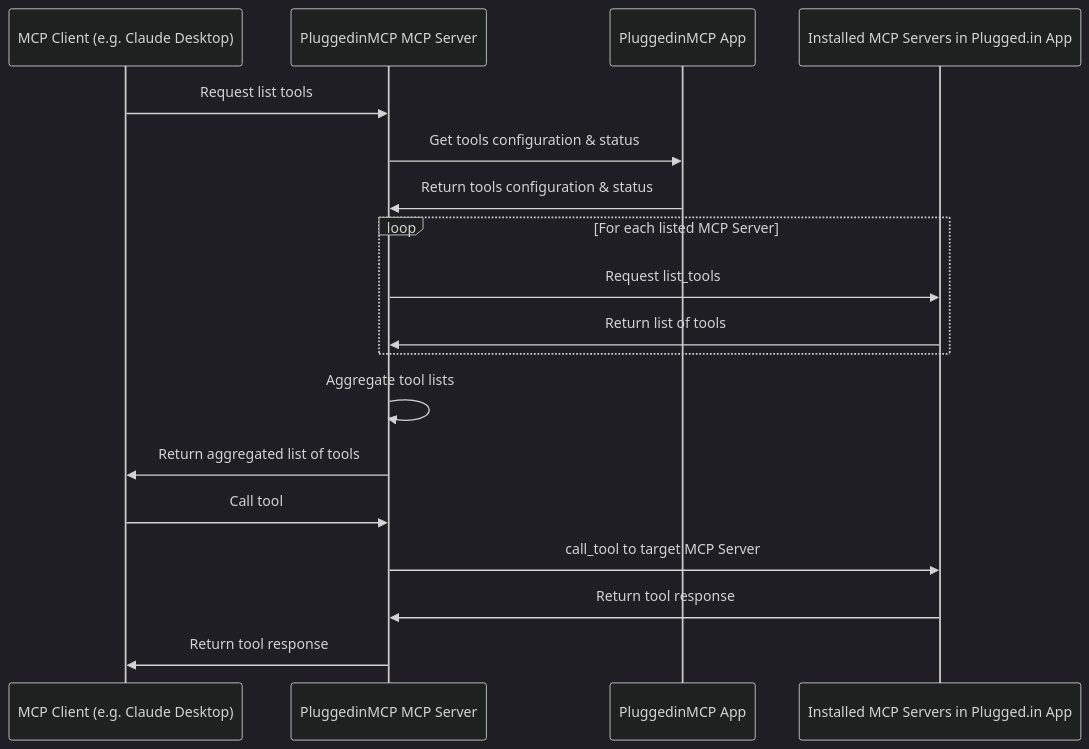
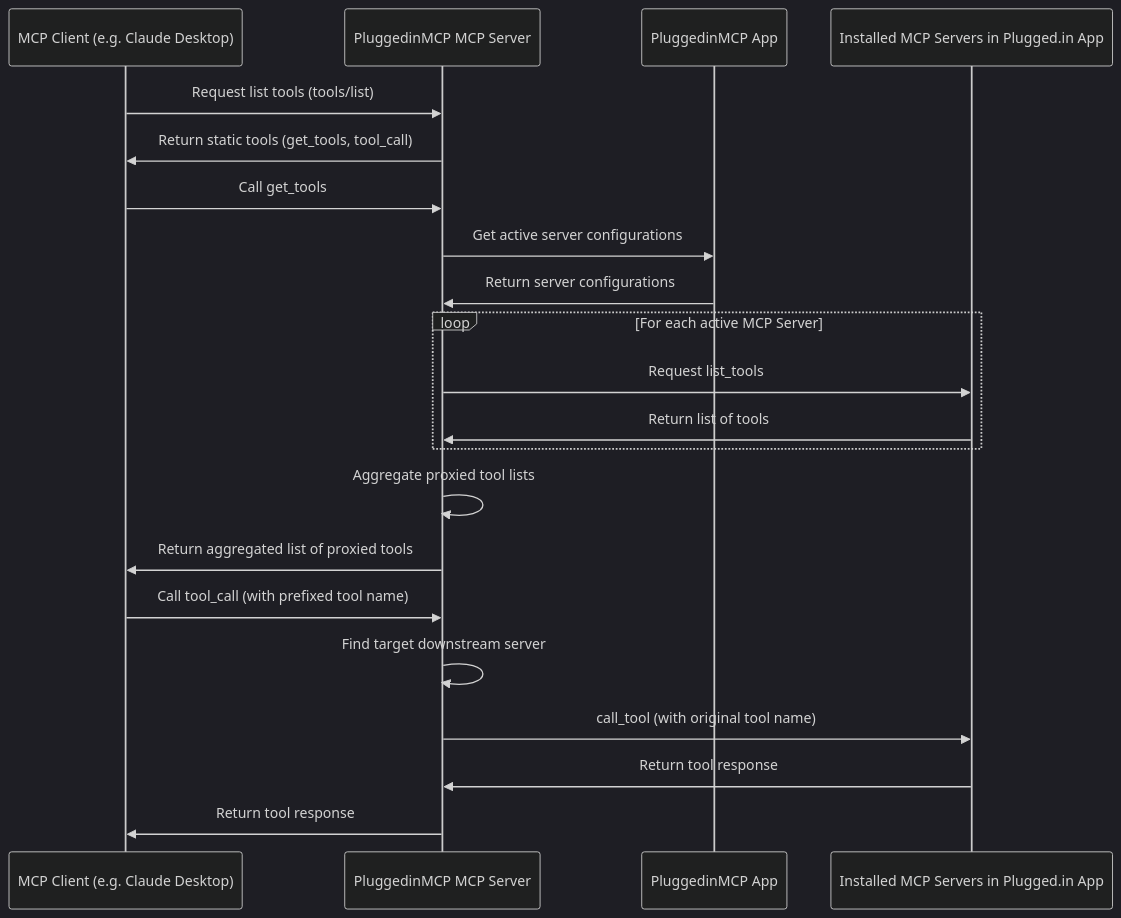
Before and after one commit to hockinghills/pluggedin-mcp-proxy: the diagram in README.md, drawn with Mermaid (dark theme). The commit also changed other lines of this file and 1 other file, not shown here.

````diff
--- a/README.md
+++ b/README.md
@@ -79,24 +81,26 @@
 ```mermaid
 sequenceDiagram
     participant MCPClient as MCP Client (e.g. Claude Desktop)
     participant PluggedinMCP-mcp-server as PluggedinMCP MCP Server
     participant PluggedinMCPApp as PluggedinMCP App
     participant MCPServers as Installed MCP Servers in Plugged.in App
 
-    MCPClient ->> PluggedinMCP-mcp-server: Request list tools
-    PluggedinMCP-mcp-server ->> PluggedinMCPApp: Get tools configuration & status
-    PluggedinMCPApp ->> PluggedinMCP-mcp-server: Return tools configuration & status
+    MCPClient ->> PluggedinMCP-mcp-server: Request list tools (tools/list)
+    PluggedinMCP-mcp-server ->> MCPClient: Return static tools (get_tools, tool_call)
 
-    loop For each listed MCP Server
+    MCPClient ->> PluggedinMCP-mcp-server: Call get_tools
+    PluggedinMCP-mcp-server ->> PluggedinMCPApp: Get active server configurations
+    PluggedinMCPApp ->> PluggedinMCP-mcp-server: Return server configurations
+    loop For each active MCP Server
         PluggedinMCP-mcp-server ->> MCPServers: Request list_tools
         MCPServers ->> PluggedinMCP-mcp-server: Return list of tools
     end
+    PluggedinMCP-mcp-server ->> PluggedinMCP-mcp-server: Aggregate proxied tool lists
+    PluggedinMCP-mcp-server ->> MCPClient: Return aggregated list of proxied tools
 
-    PluggedinMCP-mcp-server ->> PluggedinMCP-mcp-server: Aggregate tool lists
-    PluggedinMCP-mcp-server ->> MCPClient: Return aggregated list of tools
-
-    MCPClient ->> PluggedinMCP-mcp-server: Call tool
-    PluggedinMCP-mcp-server ->> MCPServers: call_tool to target MCP Server
+    MCPClient ->> PluggedinMCP-mcp-server: Call tool_call (with prefixed tool name)
+    PluggedinMCP-mcp-server ->> PluggedinMCP-mcp-server: Find target downstream server
+    PluggedinMCP-mcp-server ->> MCPServers: call_tool (with original tool name)
     MCPServers ->> PluggedinMCP-mcp-server: Return tool response
     PluggedinMCP-mcp-server ->> MCPClient: Return tool response
 ```
````
